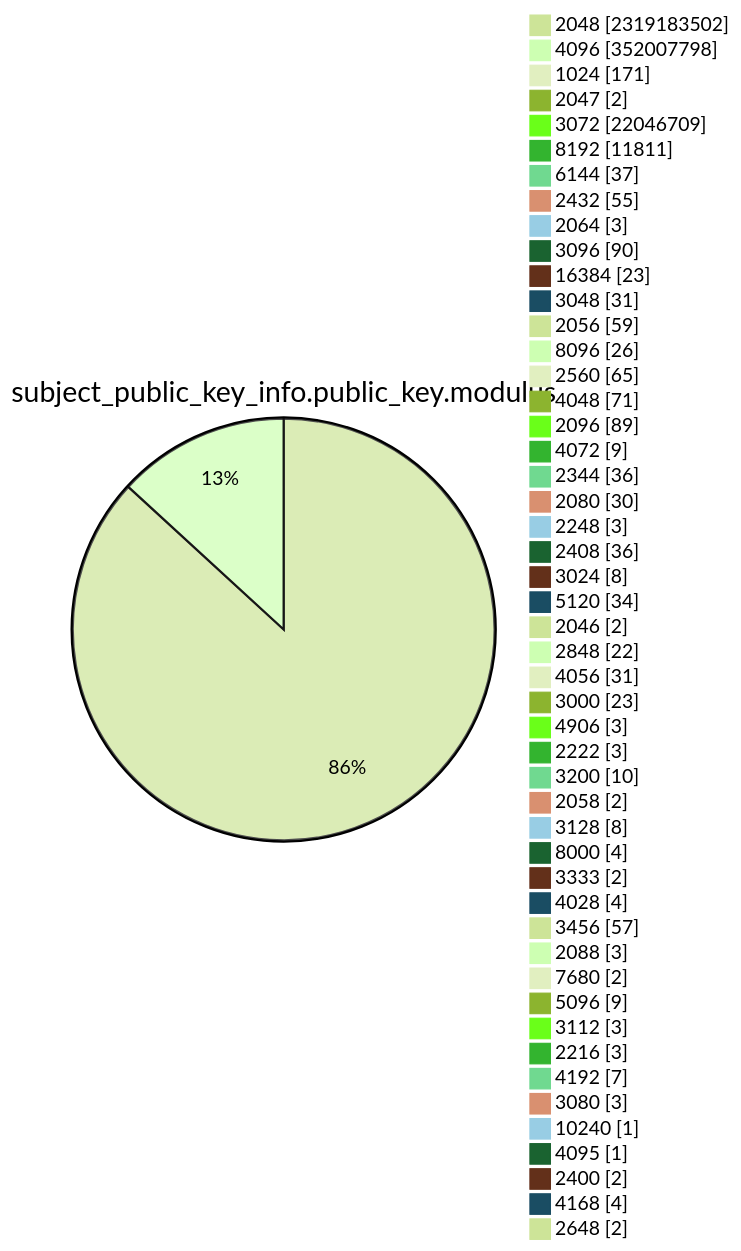
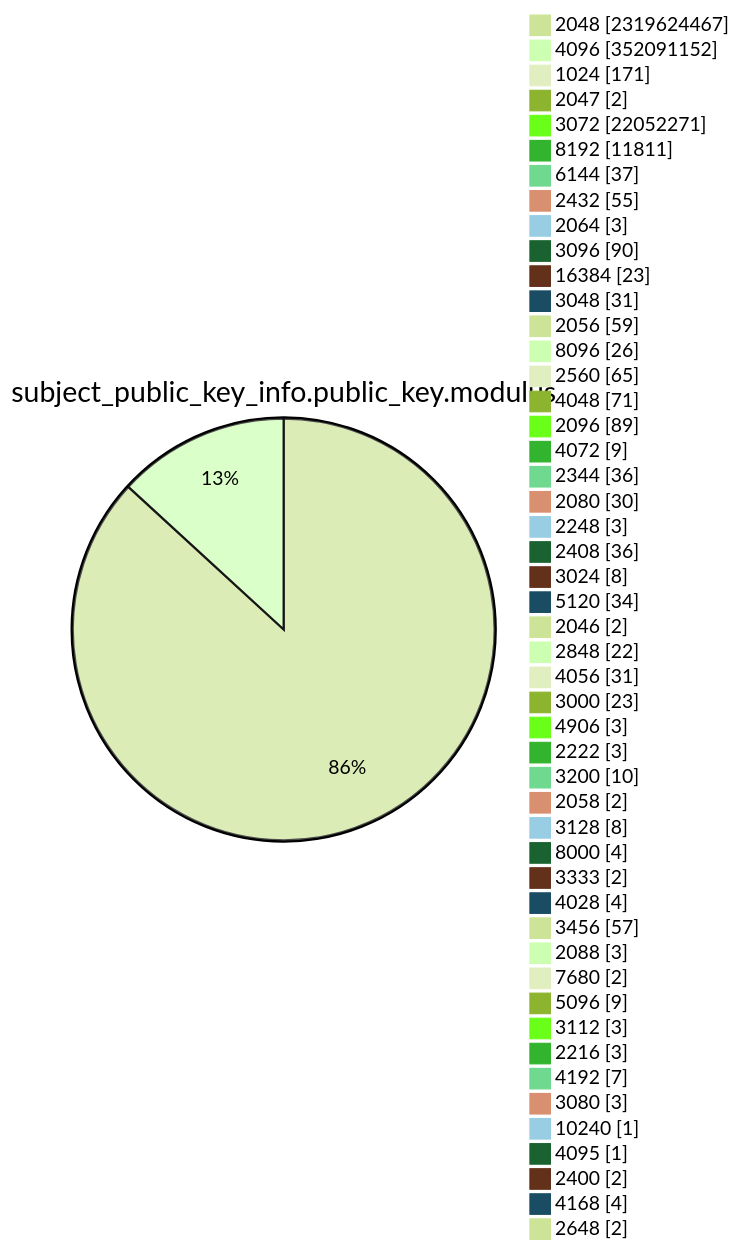
Before and after one commit to christiankrug/ctmonitor_visualization: diagram 13 of 15 in TOTAL/README.md, drawn with Mermaid (forest theme). The commit also changed other lines of this file, not shown here.

````diff
--- a/TOTAL/README.md
+++ b/TOTAL/README.md
@@ -4167,53 +4167,53 @@
 ```mermaid
 pie showData
 title subject_public_key_info.public_key.modulus
-"2048" :2319183502
-"4096" :352007798
+"2048" :2319624467
+"4096" :352091152
 "1024" :171
 "2047" :2
-"3072" :22046709
+"3072" :22052271
 "8192" :11811
 "6144" :37
 "2432" :55
 "2064" :3
 "3096" :90
 "16384" :23
 "3048" :31
 "2056" :59
 "8096" :26
 "2560" :65
 "4048" :71
 "2096" :89
 "4072" :9
 "2344" :36
 "2080" :30
 "2248" :3
 "2408" :36
 "3024" :8
 "5120" :34
 "2046" :2
 "2848" :22
 "4056" :31
 "3000" :23
 "4906" :3
 "2222" :3
 "3200" :10
 "2058" :2
 "3128" :8
 "8000" :4
 "3333" :2
 "4028" :4
 "3456" :57
 "2088" :3
 "7680" :2
 "5096" :9
 "3112" :3
 "2216" :3
 "4192" :7
 "3080" :3
 "10240" :1
 "4095" :1
 "2400" :2
 "4168" :4
 "2648" :2
 ```
````
